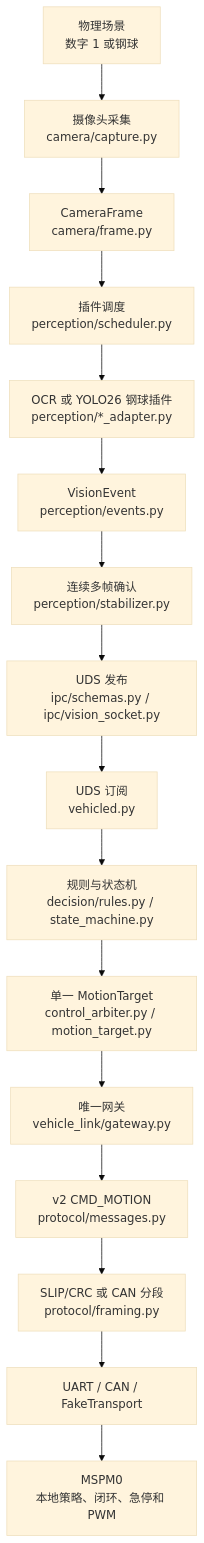
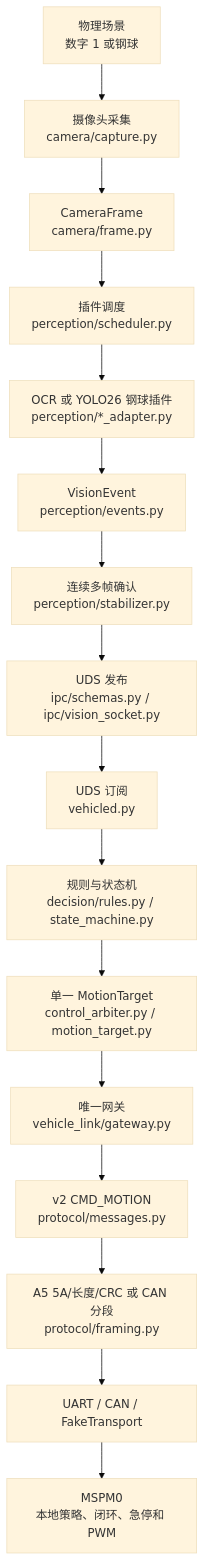
One commit to NaBCberry/robot_car changed the first of 4 diagrams in docs/vision_to_motion_flow.md. Above: the diagram before and after it, drawn with Mermaid (base theme). The commit also changed 6 other files, not shown here.

````diff
--- a/docs/vision_to_motion_flow.md
+++ b/docs/vision_to_motion_flow.md
@@ -13,18 +13,18 @@
 ```mermaid
 flowchart TD
     A[物理场景<br/>数字 1 或钢球] --> B[摄像头采集<br/>camera/capture.py]
     B --> C[CameraFrame<br/>camera/frame.py]
     C --> D[插件调度<br/>perception/scheduler.py]
     D --> E[OCR 或 YOLO26 钢球插件<br/>perception/*_adapter.py]
     E --> F[VisionEvent<br/>perception/events.py]
     F --> G[连续多帧确认<br/>perception/stabilizer.py]
     G --> H[UDS 发布<br/>ipc/schemas.py / ipc/vision_socket.py]
     H --> I[UDS 订阅<br/>vehicled.py]
     I --> J[规则与状态机<br/>decision/rules.py / state_machine.py]
     J --> K[单一 MotionTarget<br/>control_arbiter.py / motion_target.py]
     K --> L[唯一网关<br/>vehicle_link/gateway.py]
     L --> M[v2 CMD_MOTION<br/>protocol/messages.py]
-    M --> N[SLIP/CRC 或 CAN 分段<br/>protocol/framing.py]
+    M --> N[A5 5A/长度/CRC 或 CAN 分段<br/>protocol/framing.py]
     N --> O[UART / CAN / FakeTransport]
     O --> P[MSPM0<br/>本地策略、闭环、急停和 PWM]
 ```
````
